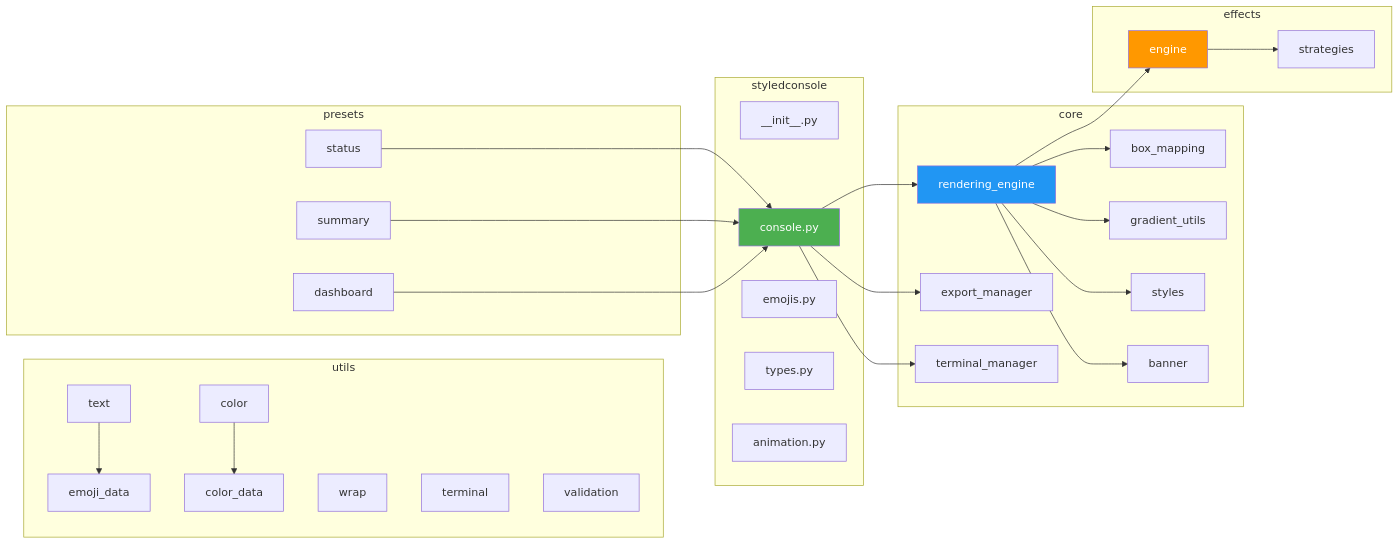
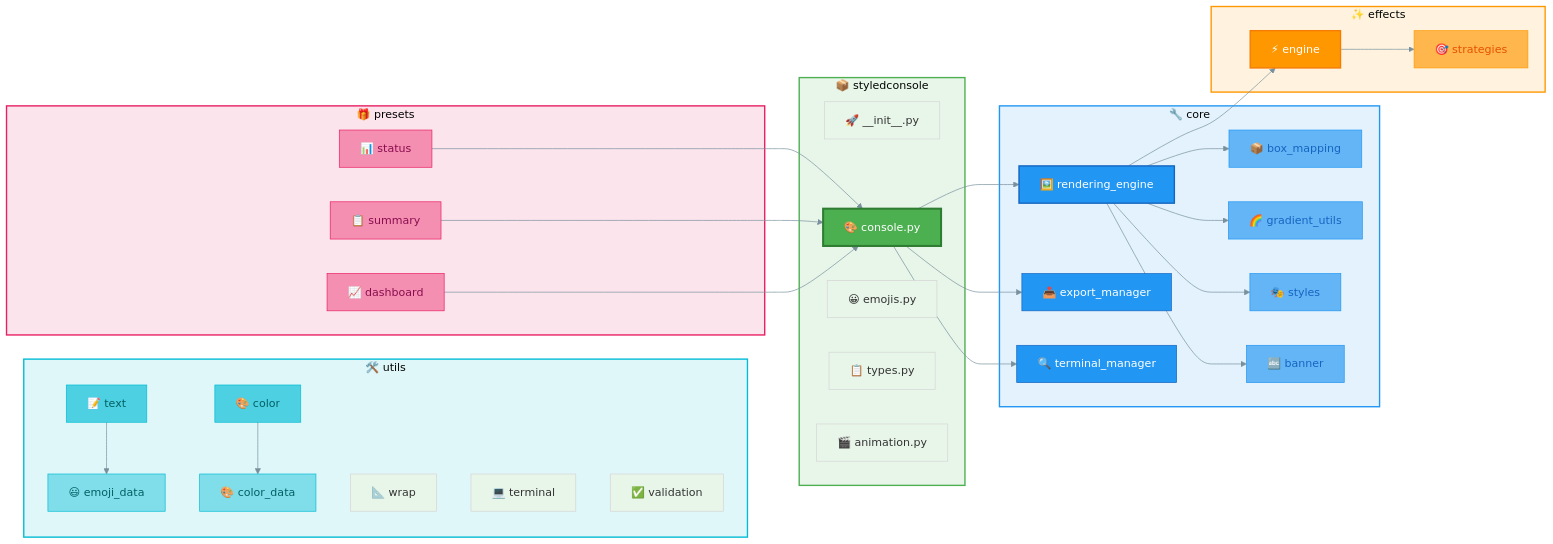
Before and after one commit to ksokolowski/StyledConsole: the fifth of 11 diagrams in docs/DEVELOPER_GUIDE.md, drawn with Mermaid. The commit also changed other lines of this file, not shown here.

Commit message:
docs: enhance Mermaid diagrams with colors, emojis, and Material Design styling

````diff
--- a/docs/DEVELOPER_GUIDE.md
+++ b/docs/DEVELOPER_GUIDE.md
@@ -192,60 +231,81 @@
 ```mermaid
+%%{init: {'theme': 'base', 'themeVariables': { 'primaryColor': '#E8F5E9', 'lineColor': '#78909C'}}}%%
 flowchart LR
-    subgraph styledconsole
-        INIT[__init__.py]
-        CON[console.py]
-        EMO[emojis.py]
-        TYP[types.py]
-        ANI[animation.py]
+    subgraph styledconsole["📦 styledconsole"]
+        INIT[🚀 __init__.py]
+        CON[🎨 console.py]
+        EMO[😀 emojis.py]
+        TYP[📋 types.py]
+        ANI[🎬 animation.py]
     end
 
-    subgraph core
-        RE[rendering_engine]
-        EM[export_manager]
-        TM[terminal_manager]
-        BM[box_mapping]
-        GU[gradient_utils]
-        ST[styles]
-        BN[banner]
+    subgraph core["🔧 core"]
+        RE[🖼️ rendering_engine]
+        EM[📤 export_manager]
+        TM[🔍 terminal_manager]
+        BM[📦 box_mapping]
+        GU[🌈 gradient_utils]
+        ST[🎭 styles]
+        BN[🔤 banner]
     end
 
-    subgraph effects
-        ENG[engine]
-        STR[strategies]
+    subgraph effects["✨ effects"]
+        ENG[⚡ engine]
+        STR[🎯 strategies]
     end
 
-    subgraph utils
-        TXT[text]
-        CLR[color]
-        WRP[wrap]
-        TRM[terminal]
-        VAL[validation]
-        ED[emoji_data]
-        CD[color_data]
+    subgraph utils["🛠️ utils"]
+        TXT[📝 text]
+        CLR[🎨 color]
+        WRP[📐 wrap]
+        TRM[💻 terminal]
+        VAL[✅ validation]
+        ED[😃 emoji_data]
+        CD[🎨 color_data]
     end
 
-    subgraph presets
-        STA[status]
-        SUM[summary]
-        DSH[dashboard]
+    subgraph presets["🎁 presets"]
+        STA[📊 status]
+        SUM[📋 summary]
+        DSH[📈 dashboard]
     end
 
     CON --> RE
     CON --> EM
     CON --> TM
     RE --> BM
     RE --> GU
     RE --> ST
     RE --> BN
     RE --> ENG
     ENG --> STR
     TXT --> ED
     CLR --> CD
     STA --> CON
     SUM --> CON
     DSH --> CON
 
-    style CON fill:#4CAF50,color:#fff
-    style RE fill:#2196F3,color:#fff
-    style ENG fill:#FF9800,color:#fff
+    style styledconsole fill:#E8F5E9,stroke:#4CAF50,stroke-width:2px
+    style core fill:#E3F2FD,stroke:#2196F3,stroke-width:2px
+    style effects fill:#FFF3E0,stroke:#FF9800,stroke-width:2px
+    style utils fill:#E0F7FA,stroke:#00BCD4,stroke-width:2px
+    style presets fill:#FCE4EC,stroke:#E91E63,stroke-width:2px
+
+    style CON fill:#4CAF50,color:#fff,stroke:#2E7D32,stroke-width:3px
+    style RE fill:#2196F3,color:#fff,stroke:#1565C0,stroke-width:2px
+    style ENG fill:#FF9800,color:#fff,stroke:#F57C00,stroke-width:2px
+    style EM fill:#2196F3,color:#fff,stroke:#1565C0
+    style TM fill:#2196F3,color:#fff,stroke:#1565C0
+    style BM fill:#64B5F6,color:#1565C0,stroke:#2196F3
+    style GU fill:#64B5F6,color:#1565C0,stroke:#2196F3
+    style ST fill:#64B5F6,color:#1565C0,stroke:#2196F3
+    style BN fill:#64B5F6,color:#1565C0,stroke:#2196F3
+    style STR fill:#FFB74D,color:#E65100,stroke:#FF9800
+    style TXT fill:#4DD0E1,color:#006064,stroke:#00BCD4
+    style CLR fill:#4DD0E1,color:#006064,stroke:#00BCD4
+    style ED fill:#80DEEA,color:#006064,stroke:#00BCD4
+    style CD fill:#80DEEA,color:#006064,stroke:#00BCD4
+    style STA fill:#F48FB1,color:#880E4F,stroke:#E91E63
+    style SUM fill:#F48FB1,color:#880E4F,stroke:#E91E63
+    style DSH fill:#F48FB1,color:#880E4F,stroke:#E91E63
 ```
````
